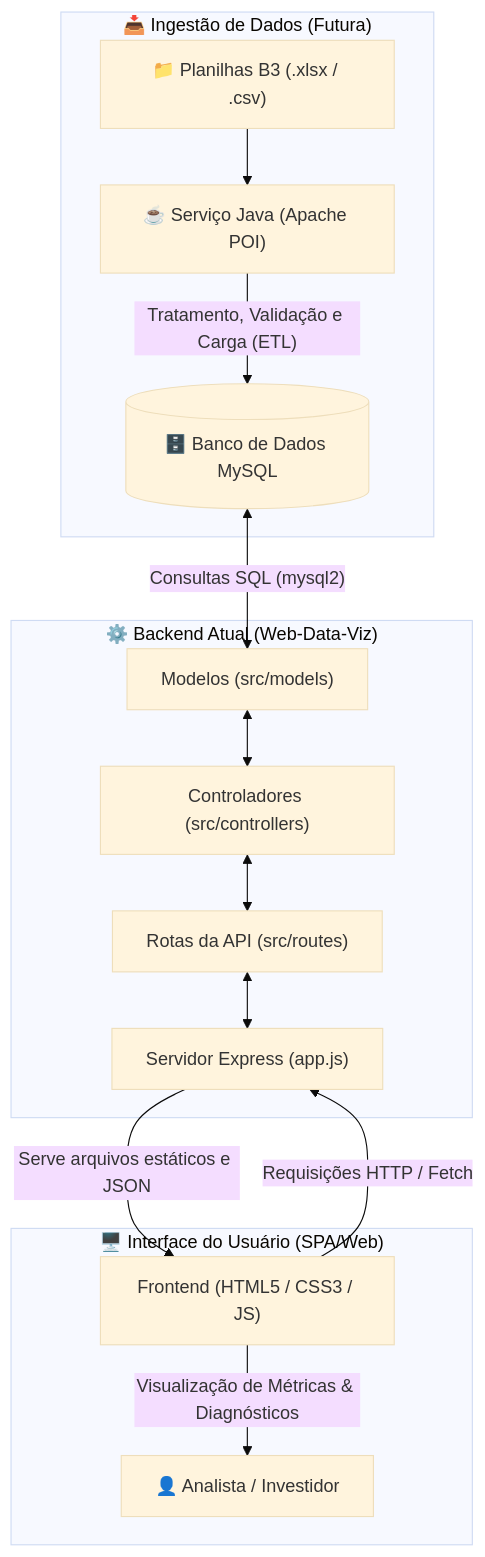
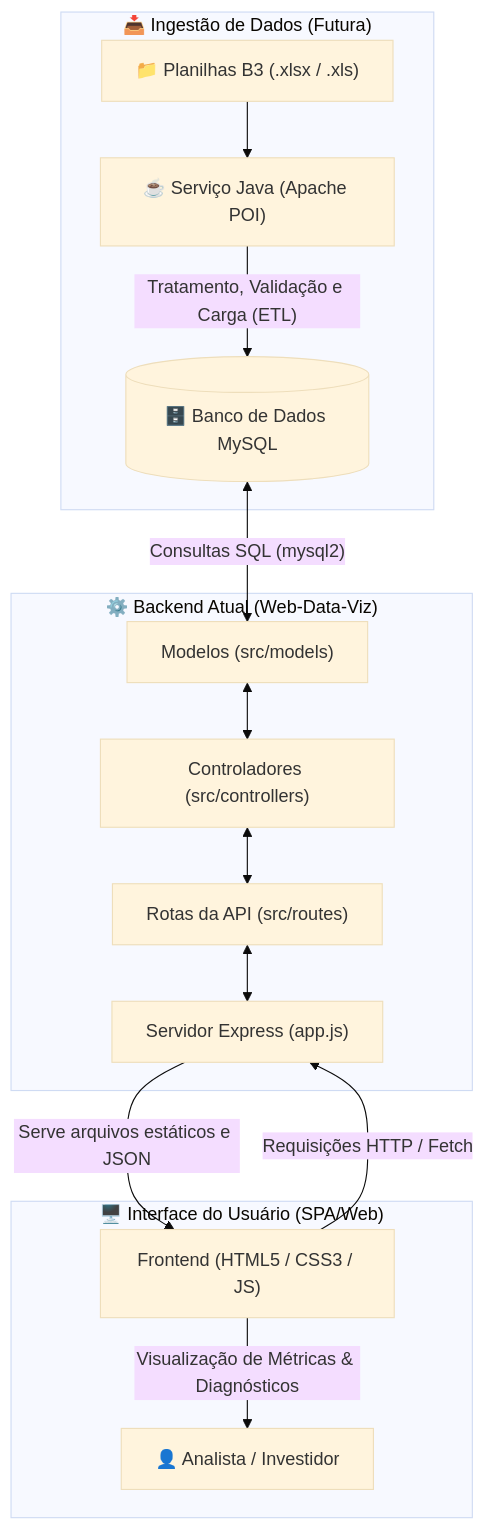
Before and after one commit to TawanLander/FinSight: the diagram in README.md, drawn with Mermaid (base theme). The commit also changed other lines of this file and 9 other files, not shown here.

Commit message:
feat: deletar arquivo do histórico e alteração para aceitar apenas arquivos xlsx e xls

````diff
--- a/README.md
+++ b/README.md
@@ -67,20 +67,20 @@
 ```mermaid
 flowchart TD
     subgraph Entrada["📥 Ingestão de Dados (Futura)"]
-        Planilha["📁 Planilhas B3 (.xlsx / .csv)"] --> JavaApp["☕ Serviço Java (Apache POI)"]
+        Planilha["📁 Planilhas B3 (.xlsx / .xls)"] --> JavaApp["☕ Serviço Java (Apache POI)"]
         JavaApp -->|"Tratamento, Validação e Carga (ETL)"| DB[(🗄️ Banco de Dados MySQL)]
     end
 
     subgraph Backend["⚙️ Backend Atual (Web-Data-Viz)"]
         DB <-->|"Consultas SQL (mysql2)"| Models["Modelos (src/models)"]
         Models <--> Controllers["Controladores (src/controllers)"]
         Controllers <--> Routes["Rotas da API (src/routes)"]
         Routes <--> App["Servidor Express (app.js)"]
     end
 
     subgraph Frontend["🖥️ Interface do Usuário (SPA/Web)"]
         App -->|"Serve arquivos estáticos e JSON"| UI["Frontend (HTML5 / CSS3 / JS)"]
         UI -->|"Requisições HTTP / Fetch"| App
         UI -->|"Visualização de Métricas & Diagnósticos"| Analista["👤 Analista / Investidor"]
     end
 ```
````
